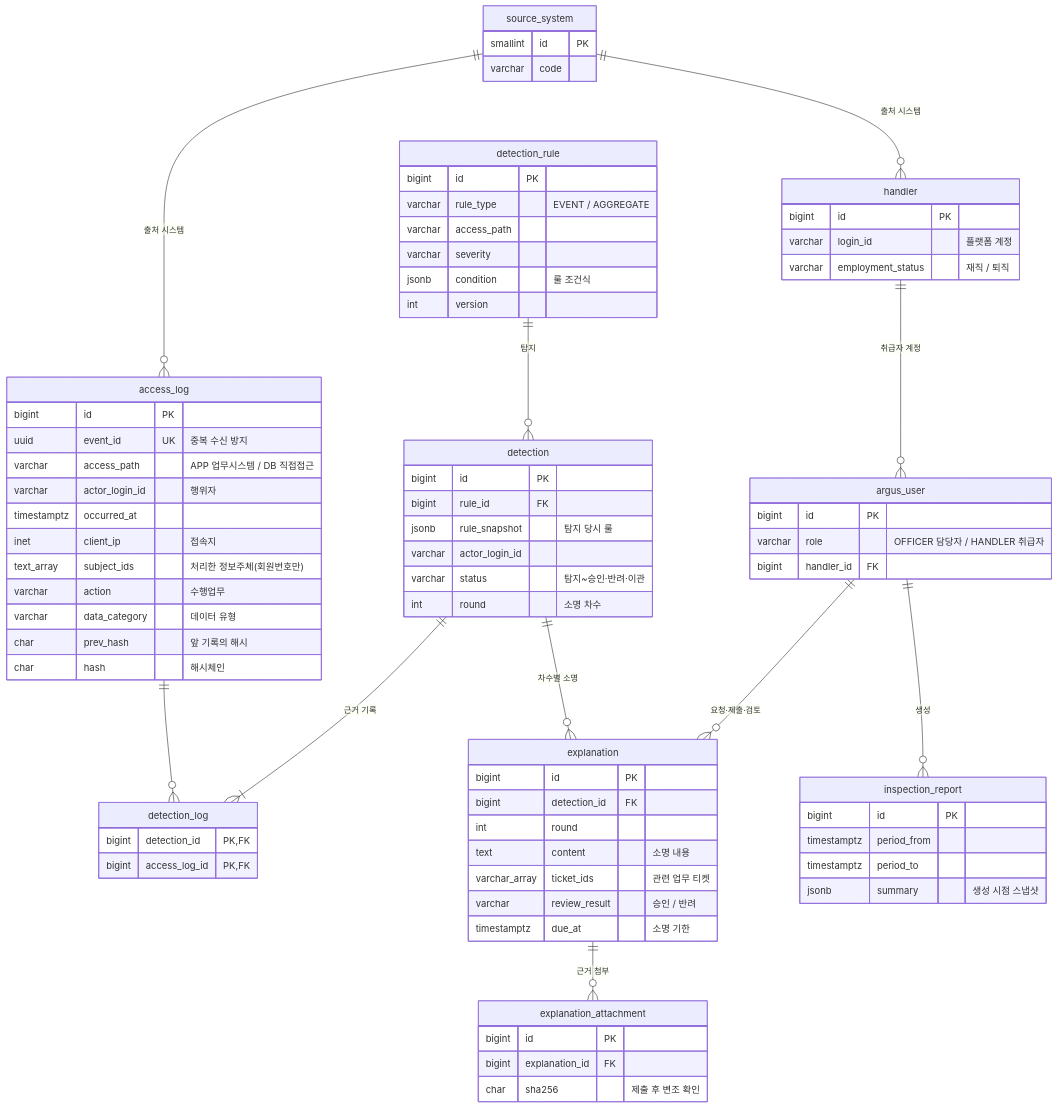
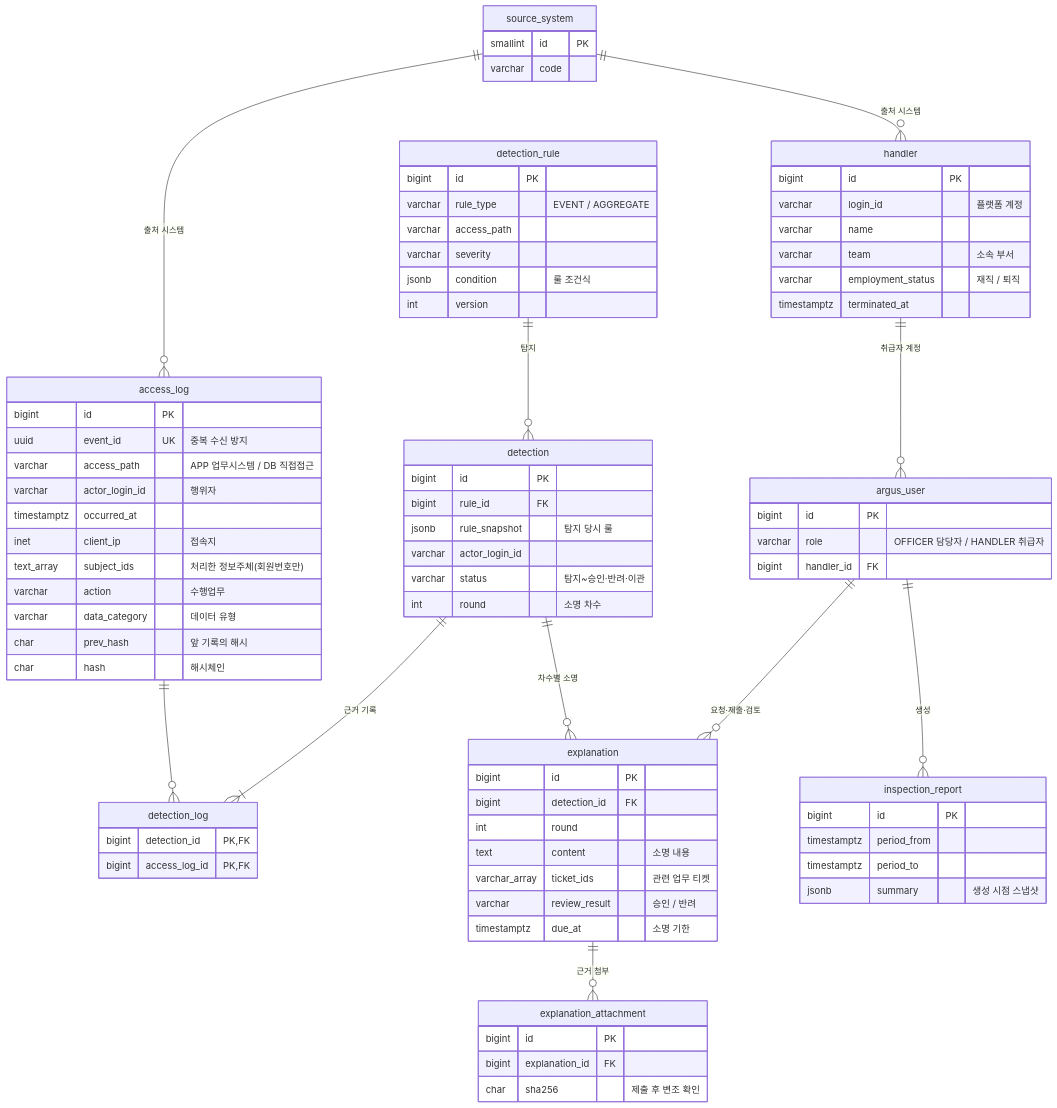
The third of 4 diagrams in README.md (Salgoo26/argus), drawn with Mermaid before and after one commit. The commit also changed other lines of this file and 1 other file, not shown here.

```diff
--- a/README.md
+++ b/README.md
@@ -291,7 +291,10 @@
     handler {
         bigint id PK
         varchar login_id "플랫폼 계정"
+        varchar name
+        varchar team "소속 부서"
         varchar employment_status "재직 / 퇴직"
+        timestamptz terminated_at
     }
     source_system {
         smallint id PK
```
